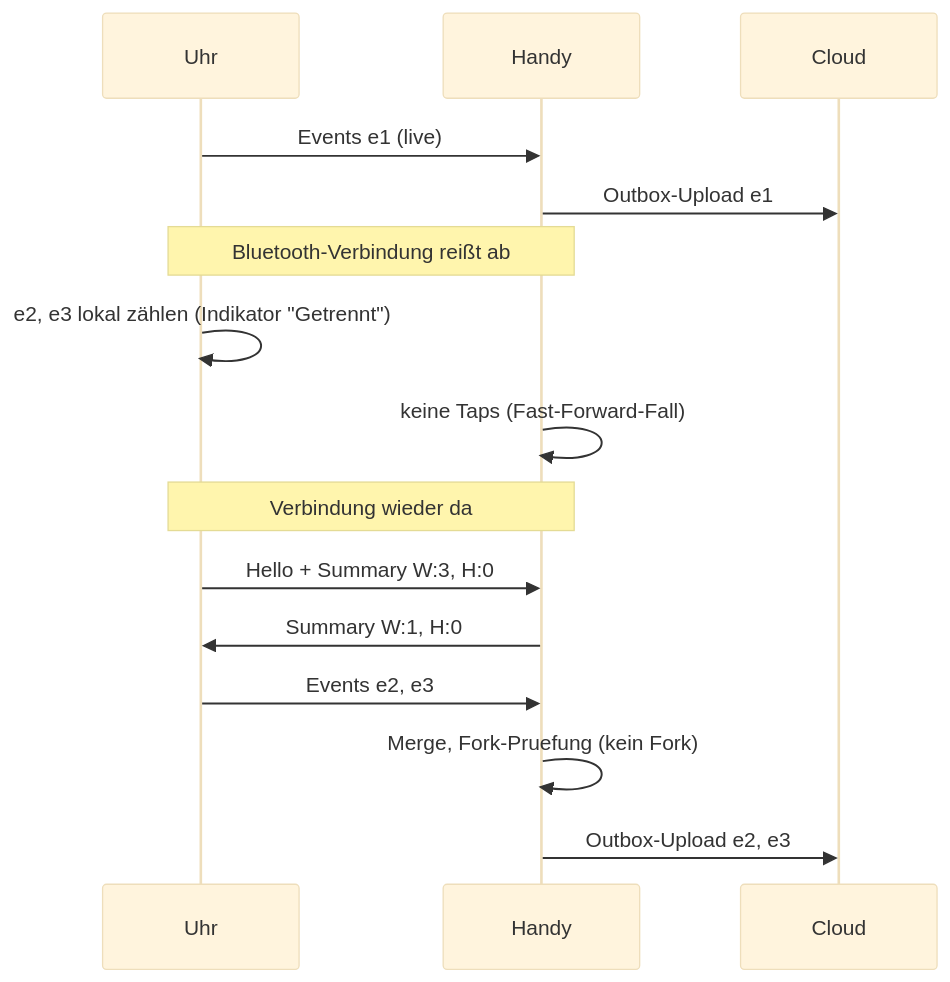
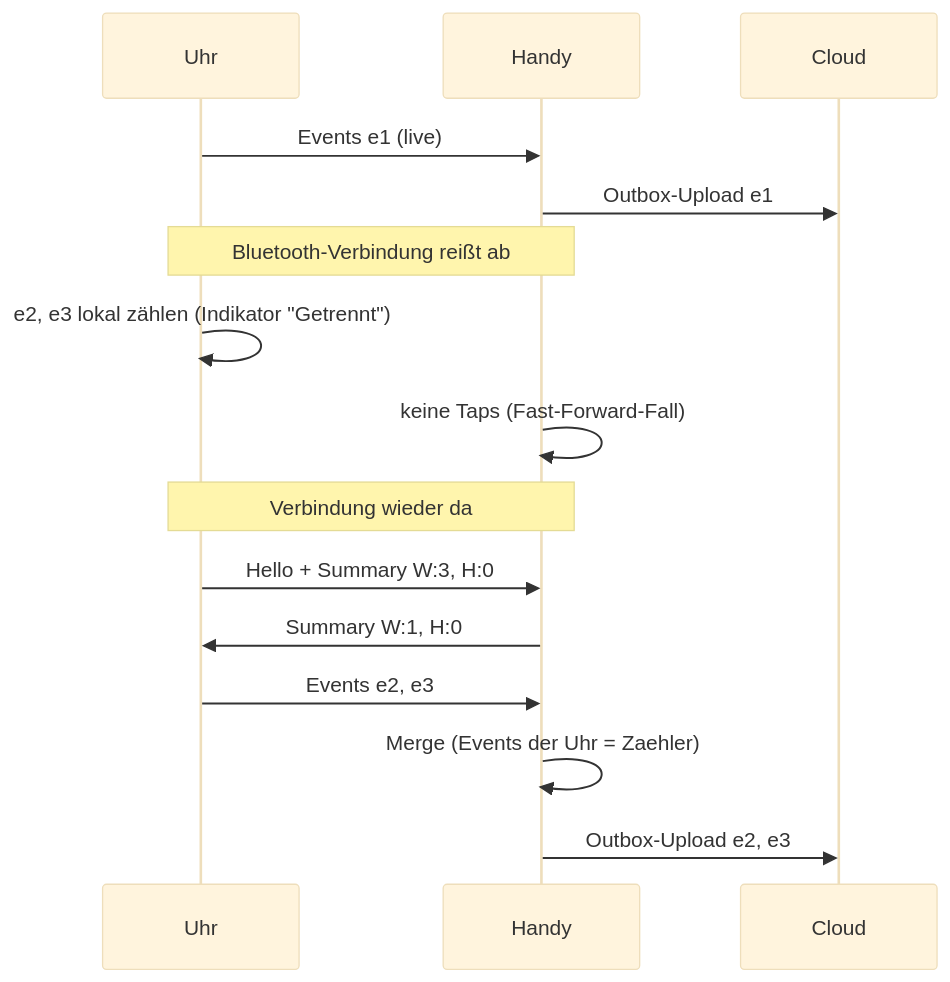
One commit to thealextd1337-spec/racketone changed the fourth of 5 diagrams in docs/01-architektur.md. Above: the diagram before and after it, drawn with Mermaid (base theme). The commit also changed other lines of this file and 226 other files, not shown here.

````diff
--- a/docs/01-architektur.md
+++ b/docs/01-architektur.md
@@ -299,17 +312,17 @@
 ```mermaid
 sequenceDiagram
   participant W as Uhr
   participant H as Handy
   participant C as Cloud
   W->>H: Events e1 (live)
   H->>C: Outbox-Upload e1
   Note over W,H: Bluetooth-Verbindung reißt ab
   W->>W: e2, e3 lokal zählen (Indikator "Getrennt")
   H->>H: keine Taps (Fast-Forward-Fall)
   Note over W,H: Verbindung wieder da
   W->>H: Hello + Summary W:3, H:0
   H->>W: Summary W:1, H:0
   W->>H: Events e2, e3
-  H->>H: Merge, Fork-Pruefung (kein Fork)
+  H->>H: Merge (Events der Uhr = Zaehler)
   H->>C: Outbox-Upload e2, e3
 ```
````
